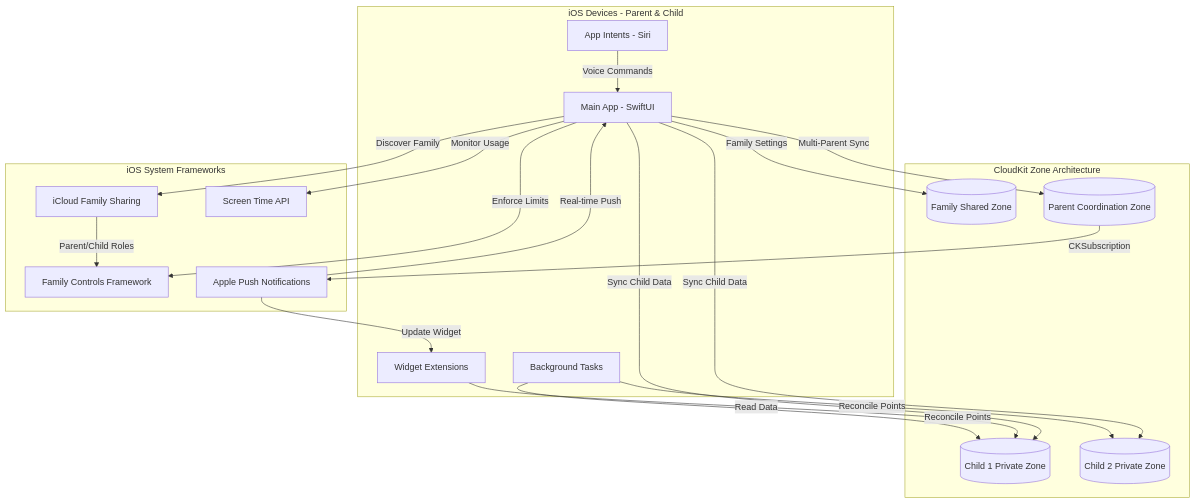
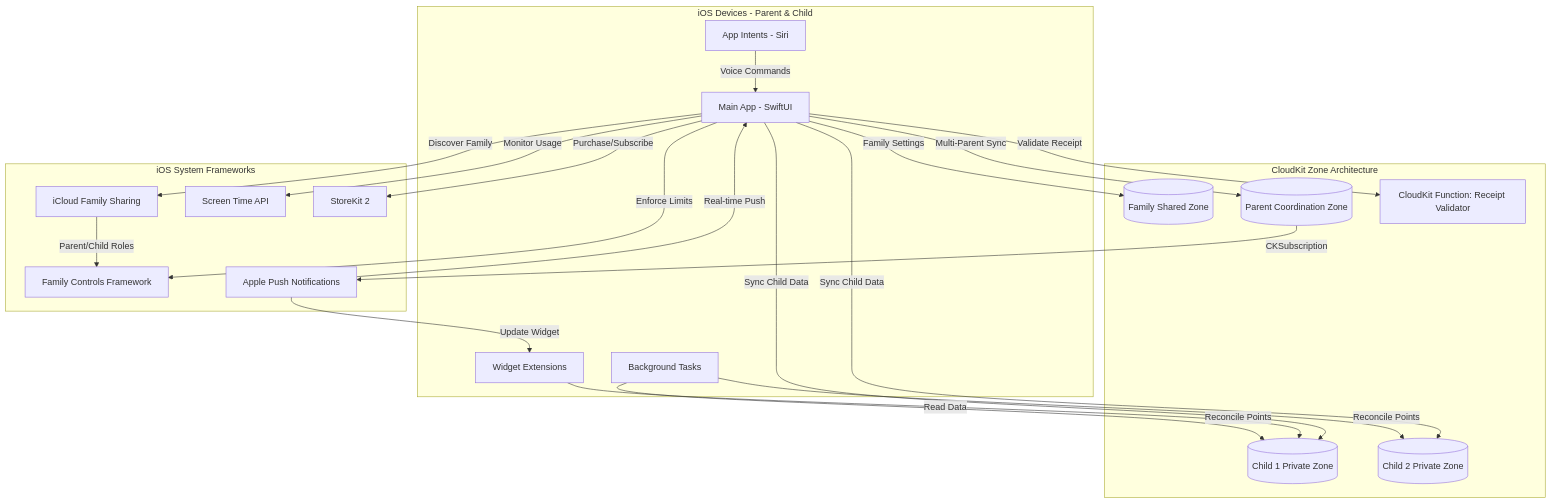
The first of 5 diagrams in docs/architecture.md (aminenidae/ScreenTiimeApp), drawn with Mermaid before and after one commit. The commit also changed other lines of this file and 24 other files, not shown here.

````diff
--- a/docs/architecture.md
+++ b/docs/architecture.md
@@ -71,44 +75,48 @@
 ```mermaid
 graph TB
     subgraph "iOS Devices - Parent & Child"
         App[Main App - SwiftUI]
         Widget[Widget Extensions]
         AppIntent[App Intents - Siri]
         BGTask[Background Tasks]
     end
 
     subgraph "iOS System Frameworks"
         FamilyControls[Family Controls Framework]
         FamilyShare[iCloud Family Sharing]
         ScreenTime[Screen Time API]
+        StoreKit[StoreKit 2]
         APNs[Apple Push Notifications]
     end
 
     subgraph "CloudKit Zone Architecture"
         ChildZone1[(Child 1 Private Zone)]
         ChildZone2[(Child 2 Private Zone)]
         SharedZone[(Family Shared Zone)]
         ParentZone[(Parent Coordination Zone)]
+        ReceiptValidator[CloudKit Function: Receipt Validator]
     end
 
     App -->|Enforce Limits| FamilyControls
     App -->|Discover Family| FamilyShare
     App -->|Monitor Usage| ScreenTime
+    App -->|Purchase/Subscribe| StoreKit
+    App -->|Validate Receipt| ReceiptValidator
 
     App -->|Sync Child Data| ChildZone1
     App -->|Sync Child Data| ChildZone2
     App -->|Family Settings| SharedZone
     App -->|Multi-Parent Sync| ParentZone
 
     Widget -->|Read Data| ChildZone1
     AppIntent -->|Voice Commands| App
 
     BGTask -->|Reconcile Points| ChildZone1
     BGTask -->|Reconcile Points| ChildZone2
 
     ParentZone -->|CKSubscription| APNs
     APNs -->|Real-time Push| App
     APNs -->|Update Widget| Widget
 
     FamilyShare -->|Parent/Child Roles| FamilyControls
 ```
````
